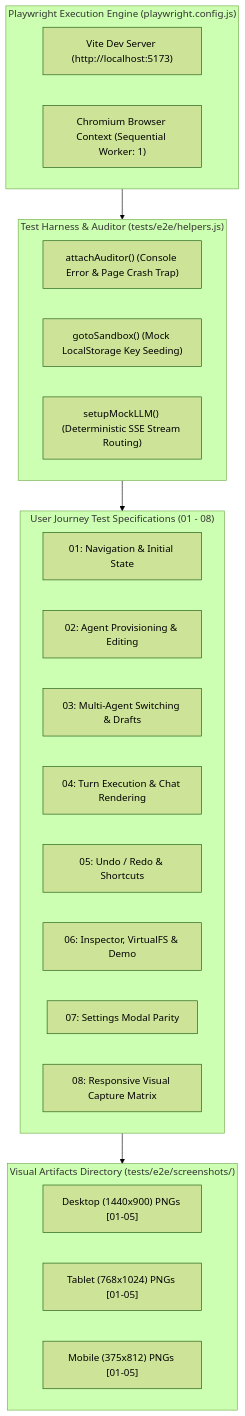
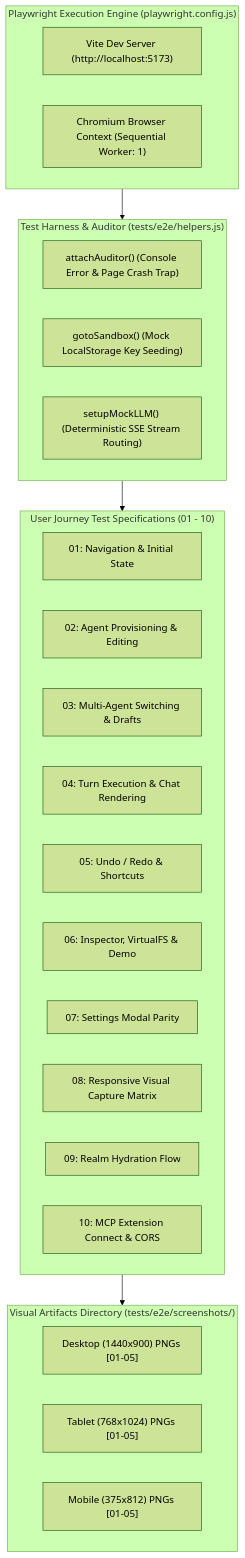
One commit to crestfallnafterdark/nightcurtain changed the first of 3 diagrams in docs/testing/e2e_and_visual.md. Above: the diagram before and after it, drawn with Mermaid (forest theme). The commit also changed other lines of this file and 5 other files, not shown here.

````diff
--- a/docs/testing/e2e_and_visual.md
+++ b/docs/testing/e2e_and_visual.md
@@ -15,34 +15,36 @@
 ```mermaid
 flowchart TD
     subgraph Config["Playwright Execution Engine (playwright.config.js)"]
         ViteServer["Vite Dev Server (http://localhost:5173)"]
         BrowserInst["Chromium Browser Context (Sequential Worker: 1)"]
     end
 
     subgraph Harness["Test Harness & Auditor (tests/e2e/helpers.js)"]
         Auditor["attachAuditor() (Console Error & Page Crash Trap)"]
         SeedNav["gotoSandbox() (Mock LocalStorage Key Seeding)"]
         MockSSE["setupMockLLM() (Deterministic SSE Stream Routing)"]
     end
 
-    subgraph Specs["User Journey Test Specifications (01 - 08)"]
+    subgraph Specs["User Journey Test Specifications (01 - 10)"]
         S1["01: Navigation & Initial State"]
         S2["02: Agent Provisioning & Editing"]
         S3["03: Multi-Agent Switching & Drafts"]
         S4["04: Turn Execution & Chat Rendering"]
         S5["05: Undo / Redo & Shortcuts"]
         S6["06: Inspector, VirtualFS & Demo"]
         S7["07: Settings Modal Parity"]
         S8["08: Responsive Visual Capture Matrix"]
+        S9["09: Realm Hydration Flow"]
+        S10["10: MCP Extension Connect & CORS"]
     end
 
     subgraph VisualArtifacts["Visual Artifacts Directory (tests/e2e/screenshots/)"]
         DesktopShots["Desktop (1440x900) PNGs [01-05]"]
         TabletShots["Tablet (768x1024) PNGs [01-05]"]
         MobileShots["Mobile (375x812) PNGs [01-05]"]
     end
 
     Config --> Harness
     Harness --> Specs
     Specs --> VisualArtifacts
 ```
````
